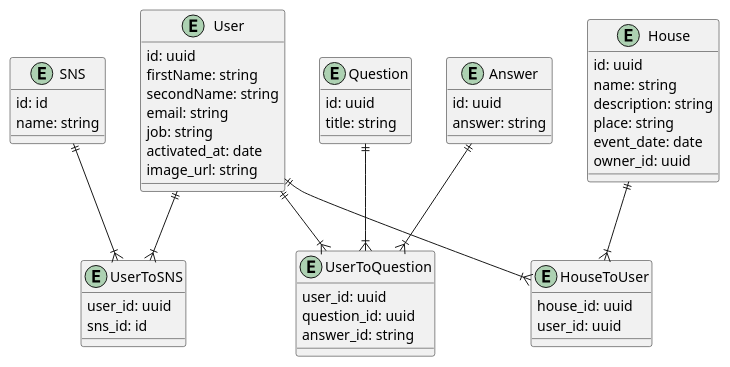
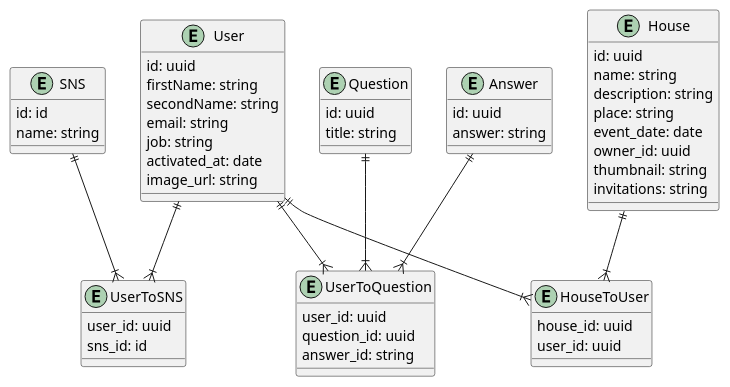
One commit to maaaashi/InfluencersHouse changed the diagram in docs/db.pu. Above: the diagram before and after it, drawn with PlantUML. The commit also changed 2 other files, not shown here.

```diff
--- a/docs/db.pu
+++ b/docs/db.pu
@@ -1,61 +1,63 @@
 @startuml
 
 entity User {
     id: uuid
     firstName: string
     secondName: string
     email: string
     job: string
     activated_at: date
     image_url: string
 }
 
 entity UserToSNS {
     user_id: uuid
     sns_id: id
 }
 
 entity SNS {
     id: id
     name: string
 }
 
 entity Question {
     id: uuid
     title: string
 }
 
 entity Answer {
     id: uuid
     answer: string
 }
 
 entity UserToQuestion {
     user_id: uuid
     question_id: uuid
     answer_id: string
 }
 
 entity House {
     id: uuid
     name: string
     description: string
     place: string
     event_date: date
     owner_id: uuid
+    thumbnail: string
+    invitations: string
 }
 
 entity HouseToUser {
     house_id: uuid
     user_id: uuid
 }
 
 User ||--|{ UserToSNS
 SNS ||--|{ UserToSNS
 User ||--|{ UserToQuestion
 Answer ||--|{ UserToQuestion
 House ||--|{ HouseToUser
 User ||--|{ HouseToUser
 Question ||--|{ UserToQuestion
 
 @enduml
```
